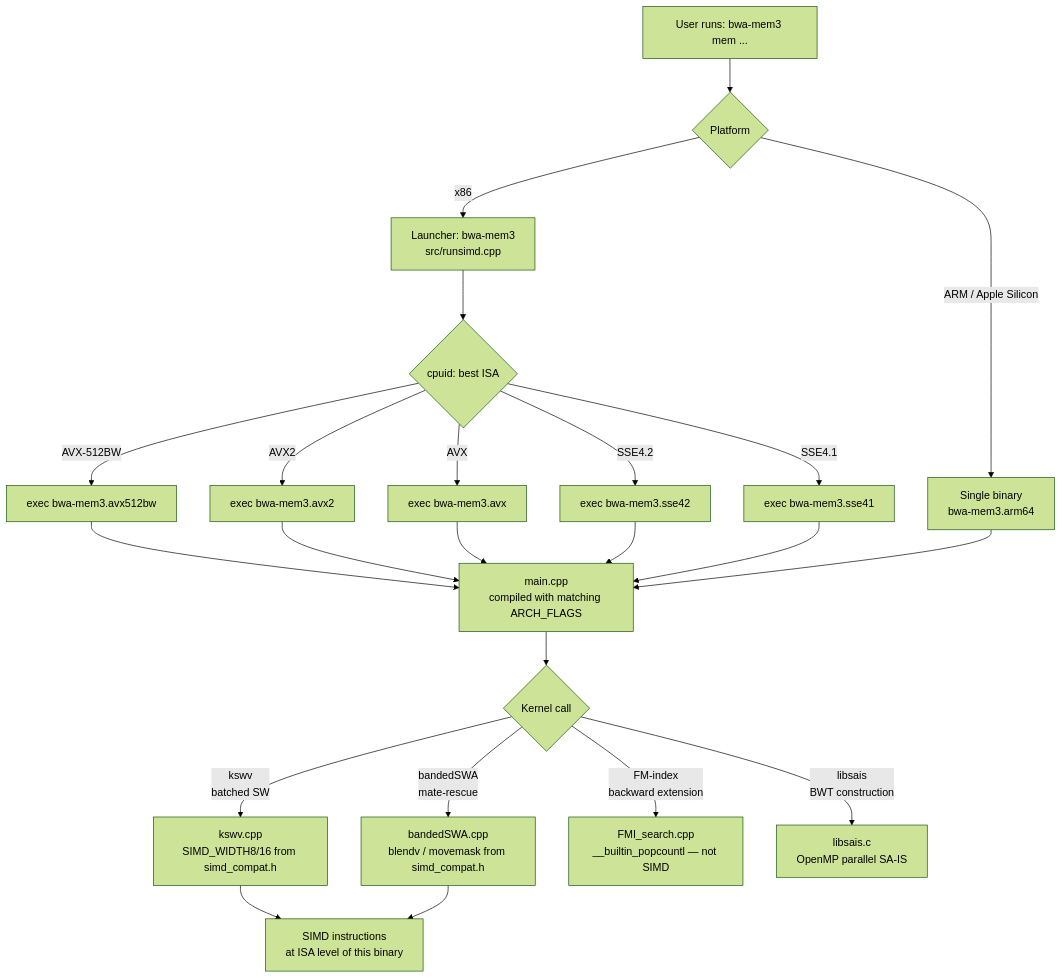
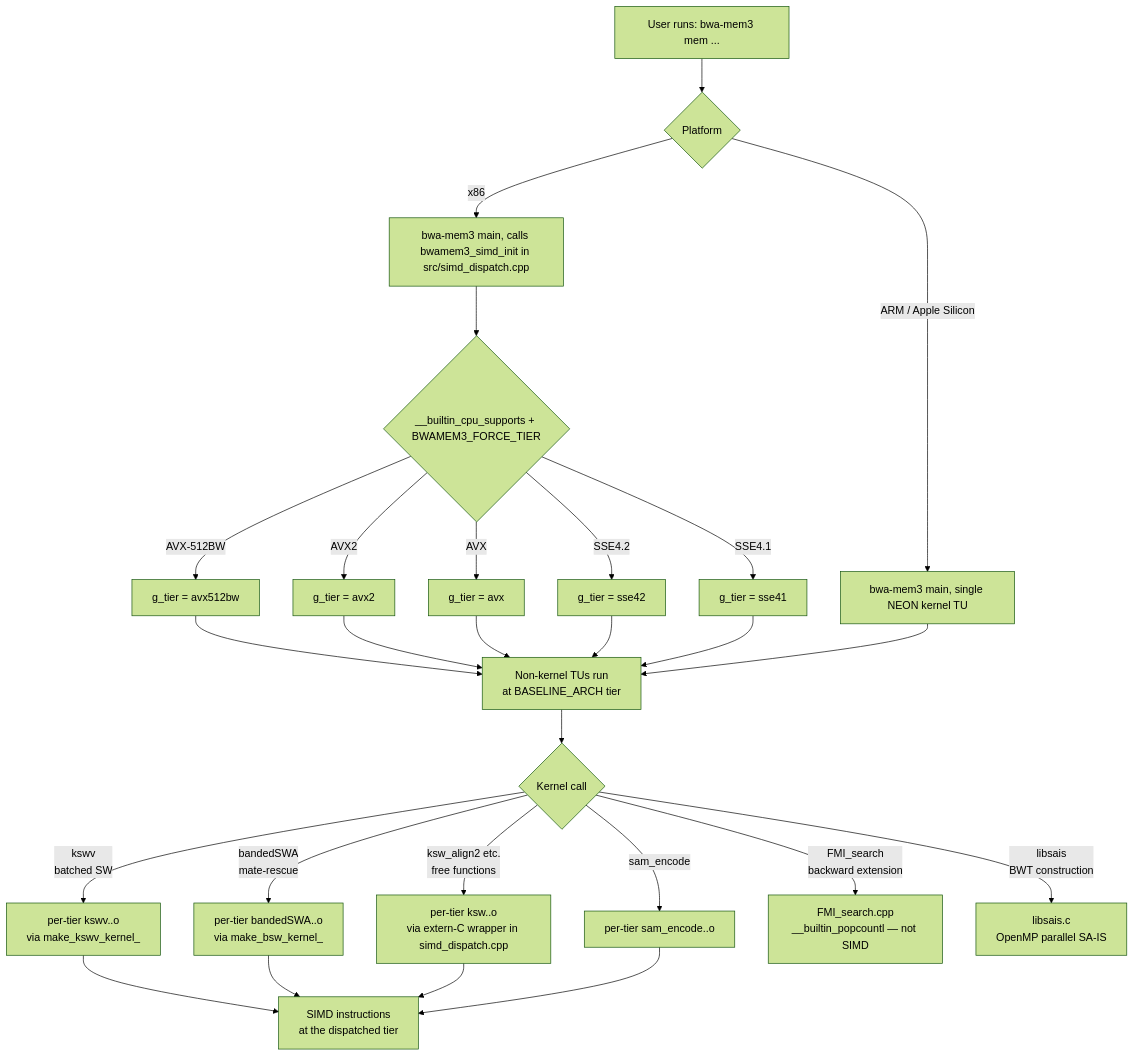
The diagram in docs/src/developer-guide/simd-dispatch.md (fg-labs/bwa-mem3), drawn with Mermaid (forest theme) before and after one commit. The commit also changed other lines of this file and 15 other files, not shown here.

````diff
--- a/docs/src/developer-guide/simd-dispatch.md
+++ b/docs/src/developer-guide/simd-dispatch.md
@@ -36,27 +98,31 @@
 ```mermaid
 flowchart TD
     A[User runs: bwa-mem3 mem ...] --> B{Platform}
 
-    B -- ARM / Apple Silicon --> C[Single binary\nbwa-mem3.arm64]
-    B -- x86 --> D[Launcher: bwa-mem3\nsrc/runsimd.cpp]
+    B -- ARM / Apple Silicon --> C[bwa-mem3 main, single NEON kernel TU]
+    B -- x86 --> D[bwa-mem3 main, calls bwamem3_simd_init in src/simd_dispatch.cpp]
 
-    D --> E{cpuid: best ISA}
-    E -- AVX-512BW --> F1[exec bwa-mem3.avx512bw]
-    E -- AVX2 --> F2[exec bwa-mem3.avx2]
-    E -- AVX --> F3[exec bwa-mem3.avx]
-    E -- SSE4.2 --> F4[exec bwa-mem3.sse42]
-    E -- SSE4.1 --> F5[exec bwa-mem3.sse41]
+    D --> E{__builtin_cpu_supports + BWAMEM3_FORCE_TIER}
+    E -- AVX-512BW --> F1[g_tier = avx512bw]
+    E -- AVX2 --> F2[g_tier = avx2]
+    E -- AVX --> F3[g_tier = avx]
+    E -- SSE4.2 --> F4[g_tier = sse42]
+    E -- SSE4.1 --> F5[g_tier = sse41]
 
-    F1 & F2 & F3 & F4 & F5 --> G[main.cpp\ncompiled with matching ARCH_FLAGS]
+    F1 & F2 & F3 & F4 & F5 --> G[Non-kernel TUs run\nat BASELINE_ARCH tier]
     C --> G
 
     G --> H{Kernel call}
 
-    H -- kswv\nbatched SW --> I[kswv.cpp\nSIMD_WIDTH8/16 from simd_compat.h]
-    H -- bandedSWA\nmate-rescue --> J[bandedSWA.cpp\nblendv / movemask from simd_compat.h]
-    H -- FM-index\nbackward extension --> K[FMI_search.cpp\n__builtin_popcountl — not SIMD]
-    H -- libsais\nBWT construction --> L[libsais.c\nOpenMP parallel SA-IS]
+    H -- kswv\nbatched SW --> I[per-tier kswv.<tier>.o\nvia make_kswv_kernel_<tier>]
+    H -- bandedSWA\nmate-rescue --> J[per-tier bandedSWA.<tier>.o\nvia make_bsw_kernel_<tier>]
+    H -- ksw_align2 etc.\nfree functions --> K[per-tier ksw.<tier>.o\nvia extern-C wrapper in simd_dispatch.cpp]
+    H -- sam_encode --> L[per-tier sam_encode.<tier>.o]
+    H -- FMI_search\nbackward extension --> M[FMI_search.cpp\n__builtin_popcountl — not SIMD]
+    H -- libsais\nBWT construction --> N[libsais.c\nOpenMP parallel SA-IS]
 
-    I --> M[SIMD instructions\nat ISA level of this binary]
-    J --> M
+    I --> O[SIMD instructions\nat the dispatched tier]
+    J --> O
+    K --> O
+    L --> O
 ```
````
